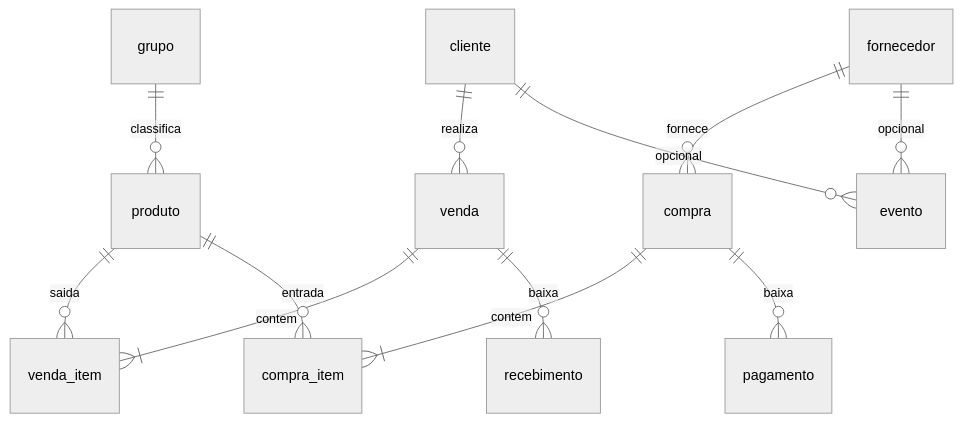
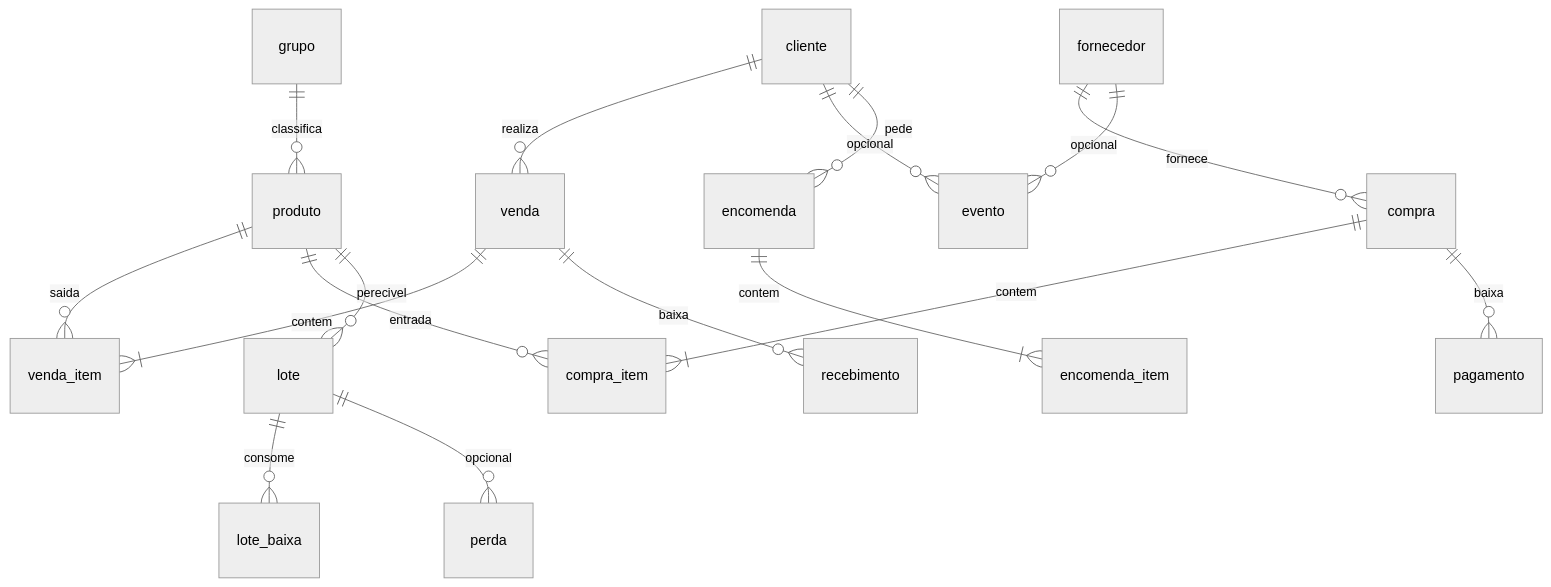
One commit to LucasDuarteAugusto/App-Banavita changed the diagram in docs/database/README.md. Above: the diagram before and after it, drawn with Mermaid (neutral theme). The commit also changed other lines of this file and 113 other files, not shown here.

````diff
--- a/docs/database/README.md
+++ b/docs/database/README.md
@@ -19,14 +19,19 @@
 ```mermaid
 erDiagram
     grupo ||--o{ produto : classifica
     cliente ||--o{ venda : realiza
     fornecedor ||--o{ compra : fornece
     venda ||--|{ venda_item : contem
     compra ||--|{ compra_item : contem
     venda ||--o{ recebimento : baixa
     compra ||--o{ pagamento : baixa
     cliente ||--o{ evento : opcional
     fornecedor ||--o{ evento : opcional
     produto ||--o{ venda_item : saida
     produto ||--o{ compra_item : entrada
+    produto ||--o{ lote : perecivel
+    lote ||--o{ lote_baixa : consome
+    lote ||--o{ perda : opcional
+    cliente ||--o{ encomenda : pede
+    encomenda ||--|{ encomenda_item : contem
 ```
````
